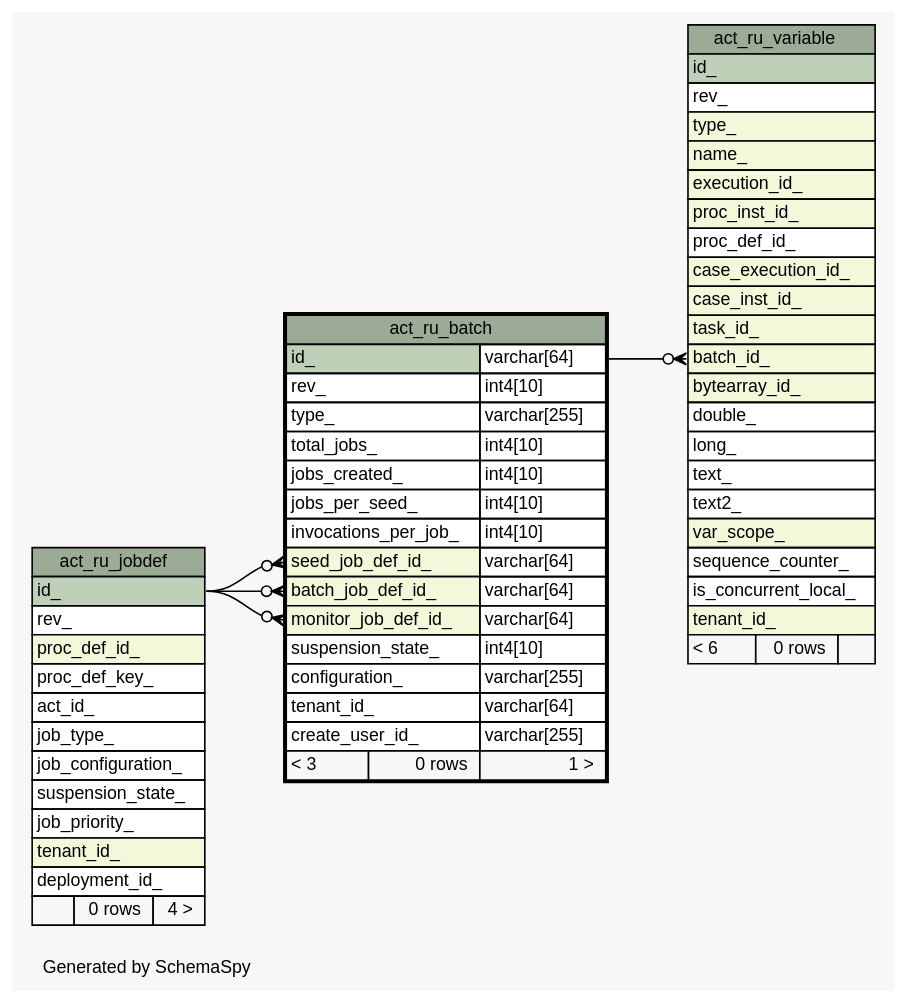
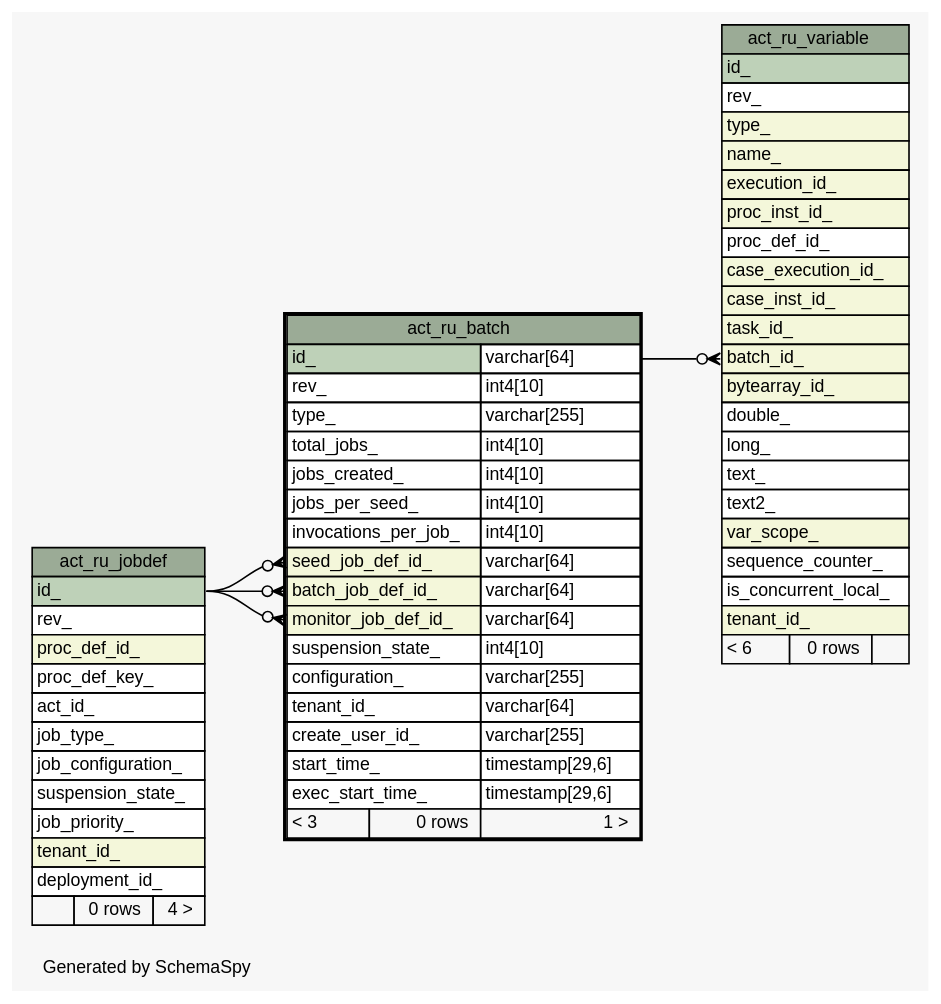
Before and after one commit to openwms/org.openwms.tms.routing.lib: the diagram in 2.0.0-SNAPSHOT/schemaspy/diagrams/act_ru_batch.1degree.dot, drawn with Graphviz. The commit also changed 363 other files, not shown here.

```diff
--- a/2.0.0-SNAPSHOT/schemaspy/diagrams/act_ru_batch.1degree.dot
+++ b/2.0.0-SNAPSHOT/schemaspy/diagrams/act_ru_batch.1degree.dot
@@ -1,98 +1,100 @@
 // dot 2.43.0 on Linux 6.5.0-1025-azure
 // SchemaSpy rev Unknown
 digraph "oneDegreeRelationshipsDiagram" {
   graph [
     rankdir="RL"
     bgcolor="#f7f7f7"
     label="\nGenerated by SchemaSpy"
     labeljust="l"
     nodesep="0.18"
     ranksep="0.46"
     fontname="Helvetica"
     fontsize="11"
   ];
   node [
     fontname="Helvetica"
     fontsize="11"
     shape="plaintext"
   ];
   edge [
     arrowsize="0.8"
   ];
   "act_ru_batch":"batch_job_def_id_":w -> "act_ru_jobdef":"id_":e [arrowhead=none dir=back arrowtail=crowodot];
   "act_ru_batch":"monitor_job_def_id_":w -> "act_ru_jobdef":"id_":e [arrowhead=none dir=back arrowtail=crowodot];
   "act_ru_batch":"seed_job_def_id_":w -> "act_ru_jobdef":"id_":e [arrowhead=none dir=back arrowtail=crowodot];
   "act_ru_variable":"batch_id_":w -> "act_ru_batch":"id_.type":e [arrowhead=none dir=back arrowtail=crowodot];
   "act_ru_batch" [
     label=<
     <TABLE BORDER="2" CELLBORDER="1" CELLSPACING="0" BGCOLOR="#ffffff">
       <TR><TD COLSPAN="3" BGCOLOR="#9bab96" ALIGN="CENTER">act_ru_batch</TD></TR>
       <TR><TD PORT="id_" COLSPAN="2" BGCOLOR="#bed1b8" ALIGN="LEFT">id_</TD><TD PORT="id_.type" ALIGN="LEFT">varchar[64]</TD></TR>
       <TR><TD PORT="rev_" COLSPAN="2" ALIGN="LEFT">rev_</TD><TD PORT="rev_.type" ALIGN="LEFT">int4[10]</TD></TR>
       <TR><TD PORT="type_" COLSPAN="2" ALIGN="LEFT">type_</TD><TD PORT="type_.type" ALIGN="LEFT">varchar[255]</TD></TR>
       <TR><TD PORT="total_jobs_" COLSPAN="2" ALIGN="LEFT">total_jobs_</TD><TD PORT="total_jobs_.type" ALIGN="LEFT">int4[10]</TD></TR>
       <TR><TD PORT="jobs_created_" COLSPAN="2" ALIGN="LEFT">jobs_created_</TD><TD PORT="jobs_created_.type" ALIGN="LEFT">int4[10]</TD></TR>
       <TR><TD PORT="jobs_per_seed_" COLSPAN="2" ALIGN="LEFT">jobs_per_seed_</TD><TD PORT="jobs_per_seed_.type" ALIGN="LEFT">int4[10]</TD></TR>
       <TR><TD PORT="invocations_per_job_" COLSPAN="2" ALIGN="LEFT">invocations_per_job_</TD><TD PORT="invocations_per_job_.type" ALIGN="LEFT">int4[10]</TD></TR>
       <TR><TD PORT="seed_job_def_id_" COLSPAN="2" BGCOLOR="#f4f7da" ALIGN="LEFT">seed_job_def_id_</TD><TD PORT="seed_job_def_id_.type" ALIGN="LEFT">varchar[64]</TD></TR>
       <TR><TD PORT="batch_job_def_id_" COLSPAN="2" BGCOLOR="#f4f7da" ALIGN="LEFT">batch_job_def_id_</TD><TD PORT="batch_job_def_id_.type" ALIGN="LEFT">varchar[64]</TD></TR>
       <TR><TD PORT="monitor_job_def_id_" COLSPAN="2" BGCOLOR="#f4f7da" ALIGN="LEFT">monitor_job_def_id_</TD><TD PORT="monitor_job_def_id_.type" ALIGN="LEFT">varchar[64]</TD></TR>
       <TR><TD PORT="suspension_state_" COLSPAN="2" ALIGN="LEFT">suspension_state_</TD><TD PORT="suspension_state_.type" ALIGN="LEFT">int4[10]</TD></TR>
       <TR><TD PORT="configuration_" COLSPAN="2" ALIGN="LEFT">configuration_</TD><TD PORT="configuration_.type" ALIGN="LEFT">varchar[255]</TD></TR>
       <TR><TD PORT="tenant_id_" COLSPAN="2" ALIGN="LEFT">tenant_id_</TD><TD PORT="tenant_id_.type" ALIGN="LEFT">varchar[64]</TD></TR>
       <TR><TD PORT="create_user_id_" COLSPAN="2" ALIGN="LEFT">create_user_id_</TD><TD PORT="create_user_id_.type" ALIGN="LEFT">varchar[255]</TD></TR>
+      <TR><TD PORT="start_time_" COLSPAN="2" ALIGN="LEFT">start_time_</TD><TD PORT="start_time_.type" ALIGN="LEFT">timestamp[29,6]</TD></TR>
+      <TR><TD PORT="exec_start_time_" COLSPAN="2" ALIGN="LEFT">exec_start_time_</TD><TD PORT="exec_start_time_.type" ALIGN="LEFT">timestamp[29,6]</TD></TR>
       <TR><TD ALIGN="LEFT" BGCOLOR="#f7f7f7">&lt; 3</TD><TD ALIGN="RIGHT" BGCOLOR="#f7f7f7">0 rows</TD><TD ALIGN="RIGHT" BGCOLOR="#f7f7f7">1 &gt;</TD></TR>
     </TABLE>>
     URL="act_ru_batch.html"
     tooltip="act_ru_batch"
   ];
   "act_ru_jobdef" [
     label=<
     <TABLE BORDER="0" CELLBORDER="1" CELLSPACING="0" BGCOLOR="#ffffff">
       <TR><TD COLSPAN="3" BGCOLOR="#9bab96" ALIGN="CENTER">act_ru_jobdef</TD></TR>
       <TR><TD PORT="id_" COLSPAN="3" BGCOLOR="#bed1b8" ALIGN="LEFT">id_</TD></TR>
       <TR><TD PORT="rev_" COLSPAN="3" ALIGN="LEFT">rev_</TD></TR>
       <TR><TD PORT="proc_def_id_" COLSPAN="3" BGCOLOR="#f4f7da" ALIGN="LEFT">proc_def_id_</TD></TR>
       <TR><TD PORT="proc_def_key_" COLSPAN="3" ALIGN="LEFT">proc_def_key_</TD></TR>
       <TR><TD PORT="act_id_" COLSPAN="3" ALIGN="LEFT">act_id_</TD></TR>
       <TR><TD PORT="job_type_" COLSPAN="3" ALIGN="LEFT">job_type_</TD></TR>
       <TR><TD PORT="job_configuration_" COLSPAN="3" ALIGN="LEFT">job_configuration_</TD></TR>
       <TR><TD PORT="suspension_state_" COLSPAN="3" ALIGN="LEFT">suspension_state_</TD></TR>
       <TR><TD PORT="job_priority_" COLSPAN="3" ALIGN="LEFT">job_priority_</TD></TR>
       <TR><TD PORT="tenant_id_" COLSPAN="3" BGCOLOR="#f4f7da" ALIGN="LEFT">tenant_id_</TD></TR>
       <TR><TD PORT="deployment_id_" COLSPAN="3" ALIGN="LEFT">deployment_id_</TD></TR>
       <TR><TD ALIGN="LEFT" BGCOLOR="#f7f7f7">  </TD><TD ALIGN="RIGHT" BGCOLOR="#f7f7f7">0 rows</TD><TD ALIGN="RIGHT" BGCOLOR="#f7f7f7">4 &gt;</TD></TR>
     </TABLE>>
     URL="act_ru_jobdef.html"
     tooltip="act_ru_jobdef"
   ];
   "act_ru_variable" [
     label=<
     <TABLE BORDER="0" CELLBORDER="1" CELLSPACING="0" BGCOLOR="#ffffff">
       <TR><TD COLSPAN="3" BGCOLOR="#9bab96" ALIGN="CENTER">act_ru_variable</TD></TR>
       <TR><TD PORT="id_" COLSPAN="3" BGCOLOR="#bed1b8" ALIGN="LEFT">id_</TD></TR>
       <TR><TD PORT="rev_" COLSPAN="3" ALIGN="LEFT">rev_</TD></TR>
       <TR><TD PORT="type_" COLSPAN="3" BGCOLOR="#f4f7da" ALIGN="LEFT">type_</TD></TR>
       <TR><TD PORT="name_" COLSPAN="3" BGCOLOR="#f4f7da" ALIGN="LEFT">name_</TD></TR>
       <TR><TD PORT="execution_id_" COLSPAN="3" BGCOLOR="#f4f7da" ALIGN="LEFT">execution_id_</TD></TR>
       <TR><TD PORT="proc_inst_id_" COLSPAN="3" BGCOLOR="#f4f7da" ALIGN="LEFT">proc_inst_id_</TD></TR>
       <TR><TD PORT="proc_def_id_" COLSPAN="3" ALIGN="LEFT">proc_def_id_</TD></TR>
       <TR><TD PORT="case_execution_id_" COLSPAN="3" BGCOLOR="#f4f7da" ALIGN="LEFT">case_execution_id_</TD></TR>
       <TR><TD PORT="case_inst_id_" COLSPAN="3" BGCOLOR="#f4f7da" ALIGN="LEFT">case_inst_id_</TD></TR>
       <TR><TD PORT="task_id_" COLSPAN="3" BGCOLOR="#f4f7da" ALIGN="LEFT">task_id_</TD></TR>
       <TR><TD PORT="batch_id_" COLSPAN="3" BGCOLOR="#f4f7da" ALIGN="LEFT">batch_id_</TD></TR>
       <TR><TD PORT="bytearray_id_" COLSPAN="3" BGCOLOR="#f4f7da" ALIGN="LEFT">bytearray_id_</TD></TR>
       <TR><TD PORT="double_" COLSPAN="3" ALIGN="LEFT">double_</TD></TR>
       <TR><TD PORT="long_" COLSPAN="3" ALIGN="LEFT">long_</TD></TR>
       <TR><TD PORT="text_" COLSPAN="3" ALIGN="LEFT">text_</TD></TR>
       <TR><TD PORT="text2_" COLSPAN="3" ALIGN="LEFT">text2_</TD></TR>
       <TR><TD PORT="var_scope_" COLSPAN="3" BGCOLOR="#f4f7da" ALIGN="LEFT">var_scope_</TD></TR>
       <TR><TD PORT="sequence_counter_" COLSPAN="3" ALIGN="LEFT">sequence_counter_</TD></TR>
       <TR><TD PORT="is_concurrent_local_" COLSPAN="3" ALIGN="LEFT">is_concurrent_local_</TD></TR>
       <TR><TD PORT="tenant_id_" COLSPAN="3" BGCOLOR="#f4f7da" ALIGN="LEFT">tenant_id_</TD></TR>
       <TR><TD ALIGN="LEFT" BGCOLOR="#f7f7f7">&lt; 6</TD><TD ALIGN="RIGHT" BGCOLOR="#f7f7f7">0 rows</TD><TD ALIGN="RIGHT" BGCOLOR="#f7f7f7">  </TD></TR>
     </TABLE>>
     URL="act_ru_variable.html"
     tooltip="act_ru_variable"
   ];
 }
```
